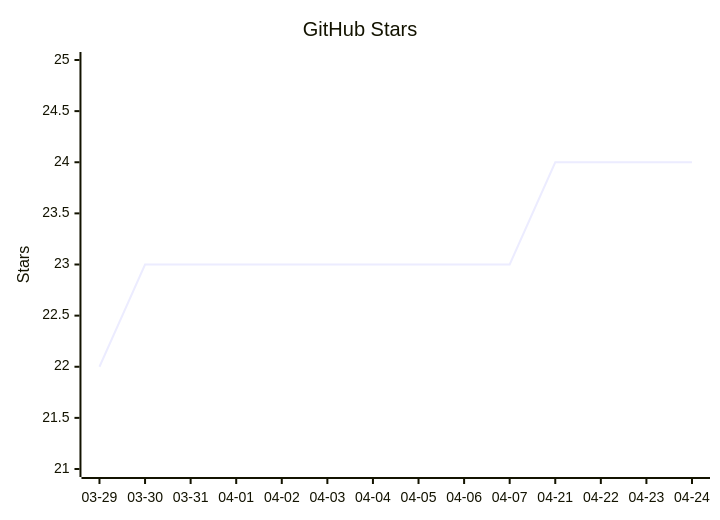
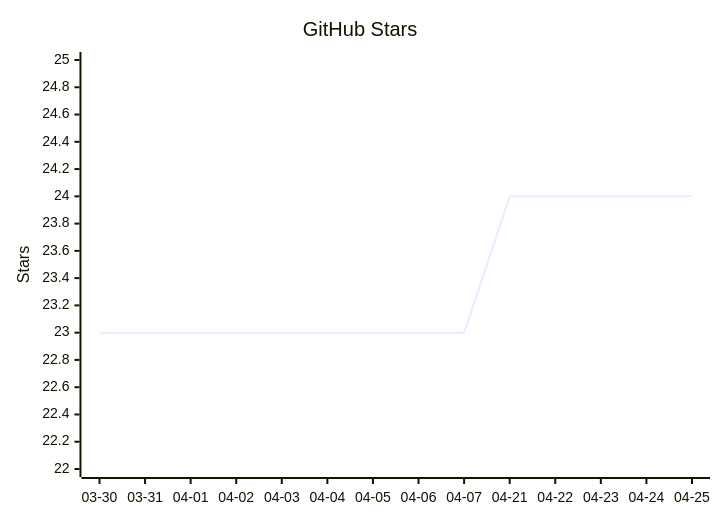
Before and after one commit to vectie/moonclaw: the diagram in README.mbt.md, drawn with Mermaid. The commit also changed other lines of this file and 1 other file, not shown here.

Commit message:
Update README star growth

````diff
--- a/README.mbt.md
+++ b/README.mbt.md
@@ -489,7 +489,7 @@
 ```mermaid
 xychart-beta
     title "GitHub Stars"
-    x-axis ["03-29","03-30","03-31","04-01","04-02","04-03","04-04","04-05","04-06","04-07","04-21","04-22","04-23","04-24"]
-    y-axis "Stars" 21 --> 25
-    line [22,23,23,23,23,23,23,23,23,23,24,24,24,24]
+    x-axis ["03-30","03-31","04-01","04-02","04-03","04-04","04-05","04-06","04-07","04-21","04-22","04-23","04-24","04-25"]
+    y-axis "Stars" 22 --> 25
+    line [23,23,23,23,23,23,23,23,23,24,24,24,24,24]
 ```
````
